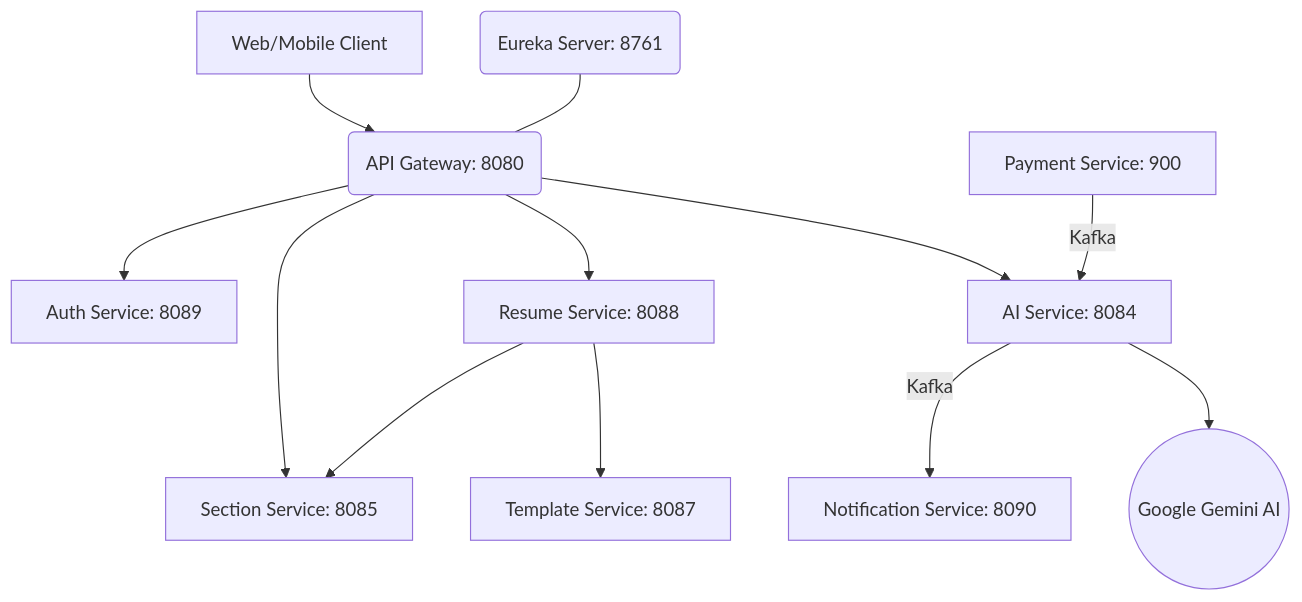
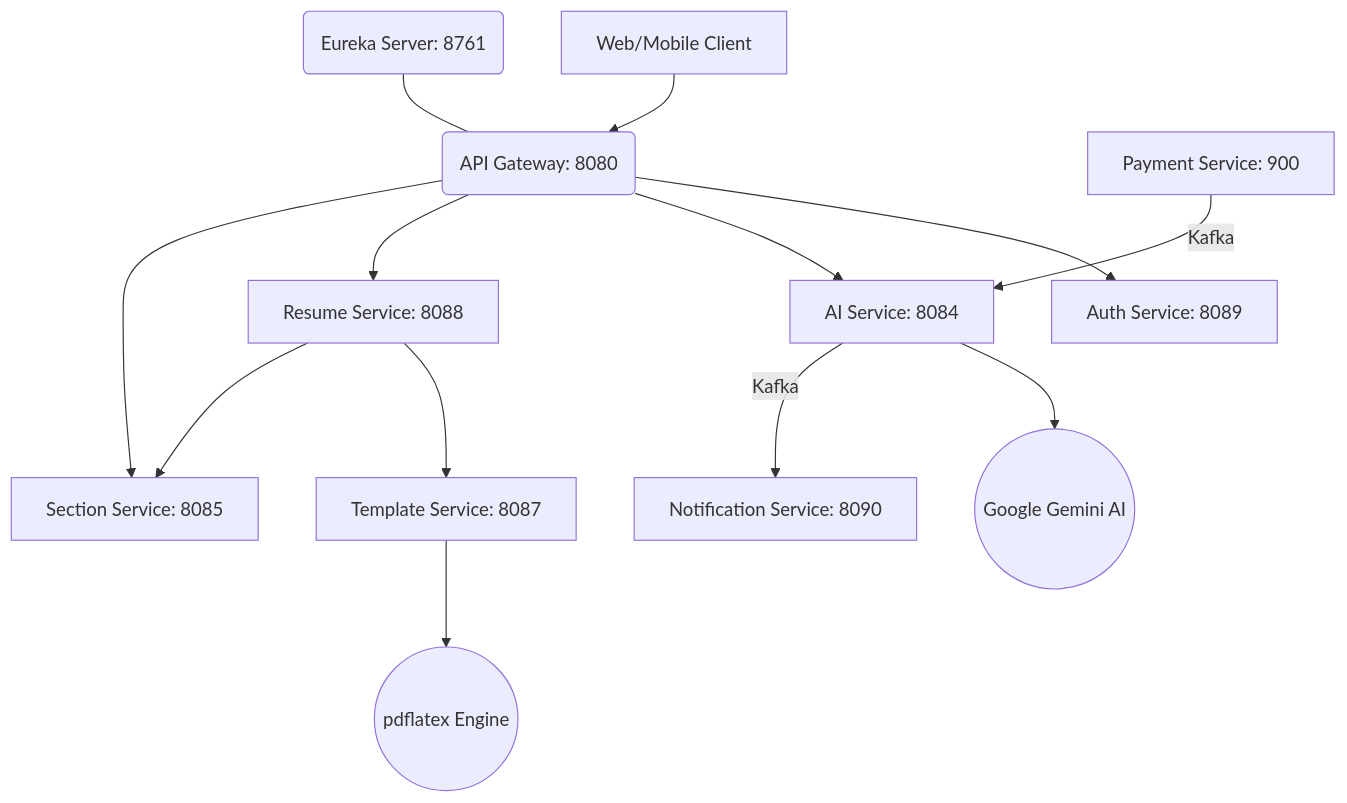
The diagram in README.md (Akshat-Jain02/AI-Powered-Resume-Builder-Backend), drawn with Mermaid before and after one commit. The commit also changed other lines of this file and 8 other files, not shown here.

Commit message:
[Akshat Jain]: fix template-service logic and restore LaTeX-based architecture documentation

````diff
--- a/README.md
+++ b/README.md
@@ -17,18 +17,20 @@
 ```mermaid
 graph TD
     Client[Web/Mobile Client] --> Gateway(API Gateway: 8080)
     Gateway --> Auth[Auth Service: 8089]
     Gateway --> AI[AI Service: 8084]
     Gateway --> Resume[Resume Service: 8088]
     Gateway --> Section[Section Service: 8085]
     
     AI --> Gemini((Google Gemini AI))
     AI -- Kafka --> Notify[Notification Service: 8090]
     
     Resume --> Template[Template Service: 8087]
     Resume --> Section
     
+    Template --> pdflatex((pdflatex Engine))
+    
     Payment[Payment Service: 900] -- Kafka --> AI
     
     Eureka(Eureka Server: 8761) --- Gateway
 ```
````
